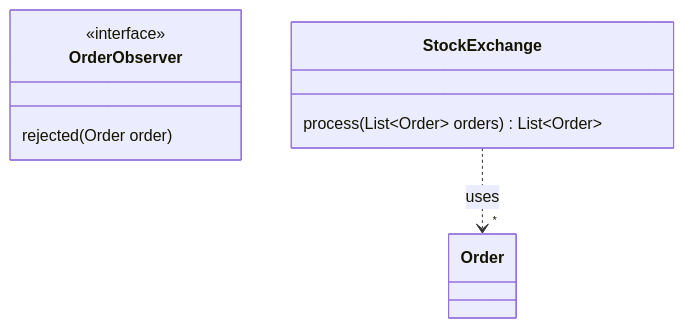
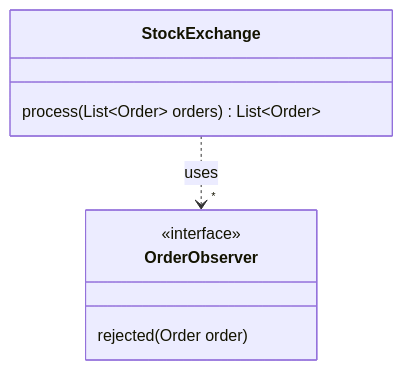
One commit to forax/design-pattern-reloaded changed the third of 3 diagrams in src/main/java/observer/README.md. Above: the diagram before and after it, drawn with Mermaid.

````diff
--- a/src/main/java/observer/README.md
+++ b/src/main/java/observer/README.md
@@ -206,11 +206,11 @@
 ```mermaid
 classDiagram
 class OrderObserver {
   <<interface>>
   rejected(Order order)
 }
 class StockExchange {
   process(List~Order~ orders) List~Order~
 }
-StockExchange ..> "*" Order : uses
+StockExchange ..> "*" OrderObserver : uses
 ```
````
